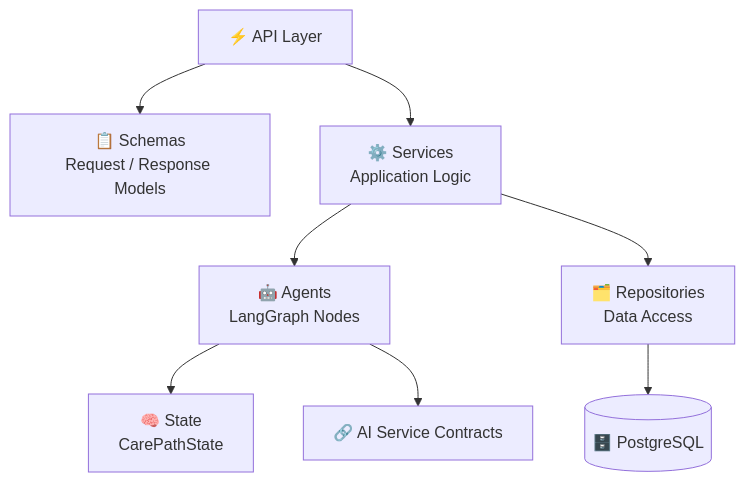
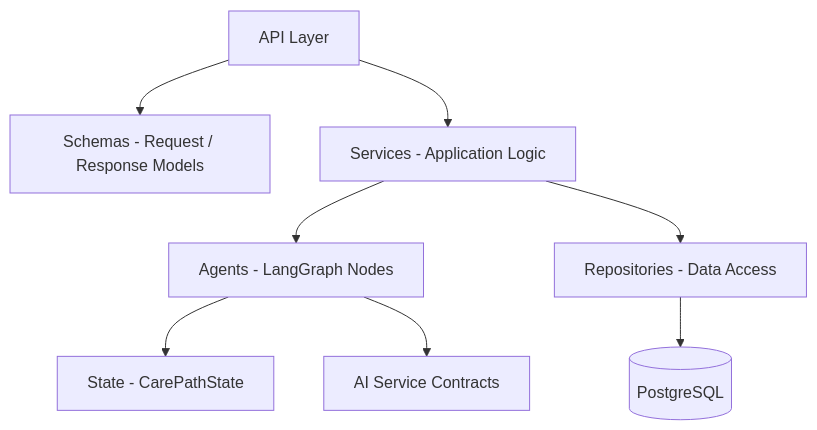
Diagram 14 of 16 in README.md (IlIGODIlI/CarePath-AI), drawn with Mermaid before and after one commit. The commit also changed other lines of this file, not shown here.

````diff
--- a/README.md
+++ b/README.md
@@ -1021,30 +1191,30 @@
 ```mermaid
 flowchart TD
 
-    API["⚡ API Layer"]
+ API["API Layer"]
 
-    SCHEMAS["📋 Schemas<br/>Request / Response Models"]
+ SCHEMAS["Schemas - Request / Response Models"]
 
-    SERVICES["⚙️ Services<br/>Application Logic"]
+ SERVICES["Services - Application Logic"]
 
-    AGENTS["🤖 Agents<br/>LangGraph Nodes"]
+ AGENTS["Agents - LangGraph Nodes"]
 
-    STATE["🧠 State<br/>CarePathState"]
+ STATE["State - CarePathState"]
 
-    CONTRACTS["🔗 AI Service Contracts"]
+ CONTRACTS["AI Service Contracts"]
 
-    REPOSITORIES["🗂️ Repositories<br/>Data Access"]
+ REPOSITORIES["Repositories - Data Access"]
 
-    DB[("🗄️ PostgreSQL")]
+ DB[("PostgreSQL")]
 
-    API --> SCHEMAS
-    API --> SERVICES
+ API --> SCHEMAS
+ API --> SERVICES
 
-    SERVICES --> AGENTS
-    SERVICES --> REPOSITORIES
+ SERVICES --> AGENTS
+ SERVICES --> REPOSITORIES
 
-    AGENTS --> STATE
-    AGENTS --> CONTRACTS
+ AGENTS --> STATE
+ AGENTS --> CONTRACTS
 
-    REPOSITORIES --> DB
+ REPOSITORIES --> DB
 ```
````
